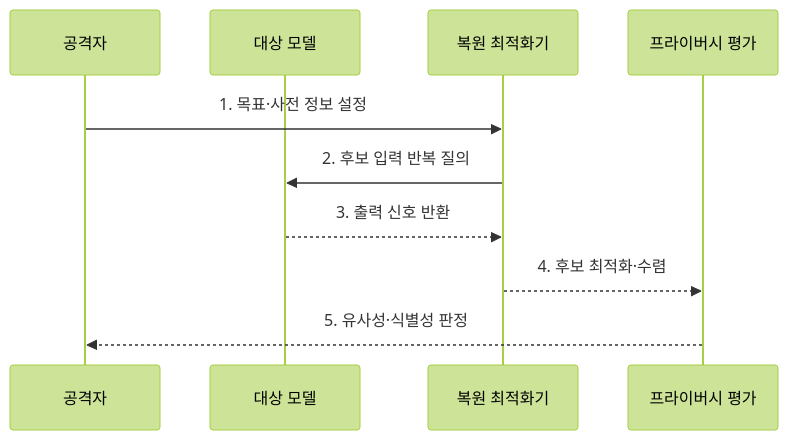
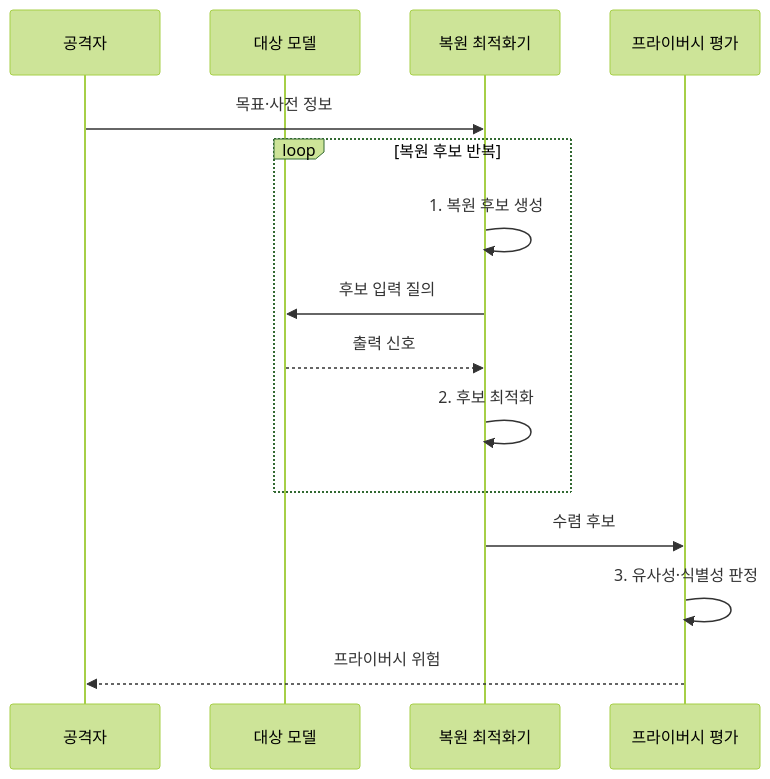
The second of 2 diagrams in src/content/docs/notes/05-security/082_model_inversion_attack.md (agnusdei1207/knowledge-base), drawn with Mermaid (forest theme) before and after one commit. The commit also changed other lines of this file and 20 other files, not shown here.

````diff
--- a/src/content/docs/notes/05-security/082_model_inversion_attack.md
+++ b/src/content/docs/notes/05-security/082_model_inversion_attack.md
@@ -87,12 +87,17 @@
 ```mermaid
 sequenceDiagram
     participant A as 공격자
     participant M as 대상 모델
     participant O as 복원 최적화기
     participant P as 프라이버시 평가
-    A->>O: 1. 목표·사전 정보 설정
-    O->>M: 2. 후보 입력 반복 질의
-    M-->>O: 3. 출력 신호 반환
-    O-->>P: 4. 후보 최적화·수렴
-    P-->>A: 5. 유사성·식별성 판정
+    A->>O: 목표·사전 정보
+    loop 복원 후보 반복
+        O->>O: 1. 복원 후보 생성
+        O->>M: 후보 입력 질의
+        M-->>O: 출력 신호
+        O->>O: 2. 후보 최적화
+    end
+    O->>P: 수렴 후보
+    P->>P: 3. 유사성·식별성 판정
+    P-->>A: 프라이버시 위험
 ```
````
